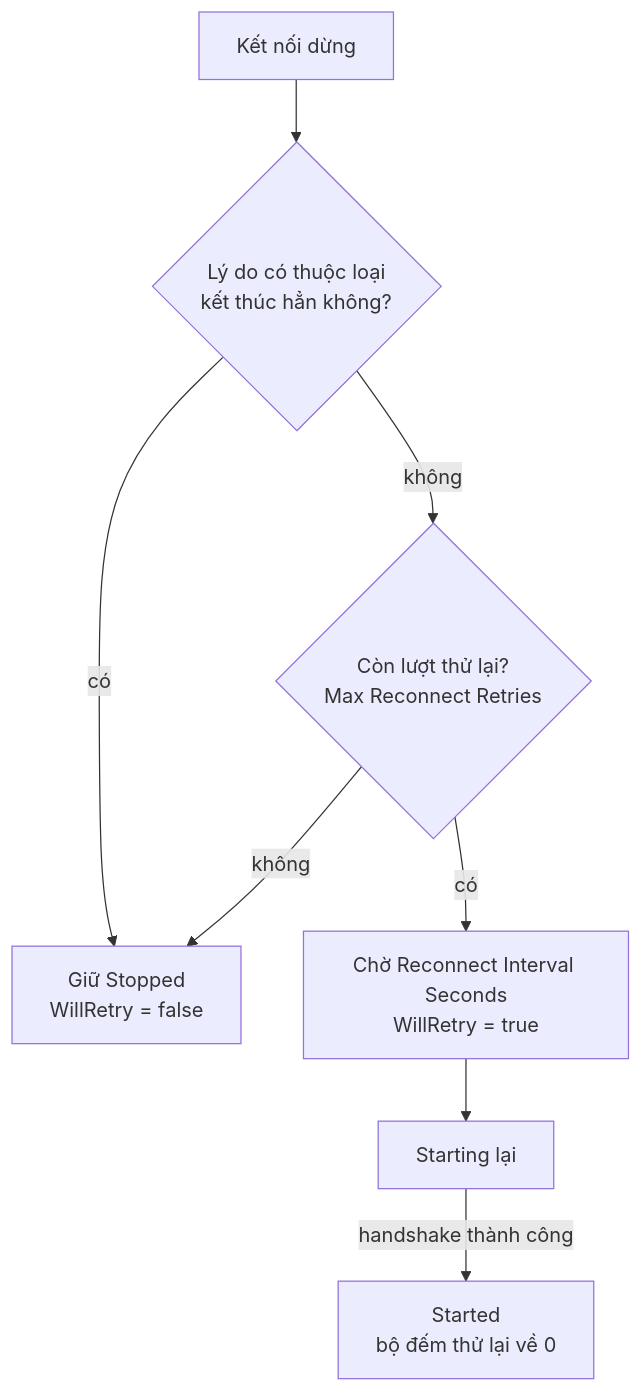
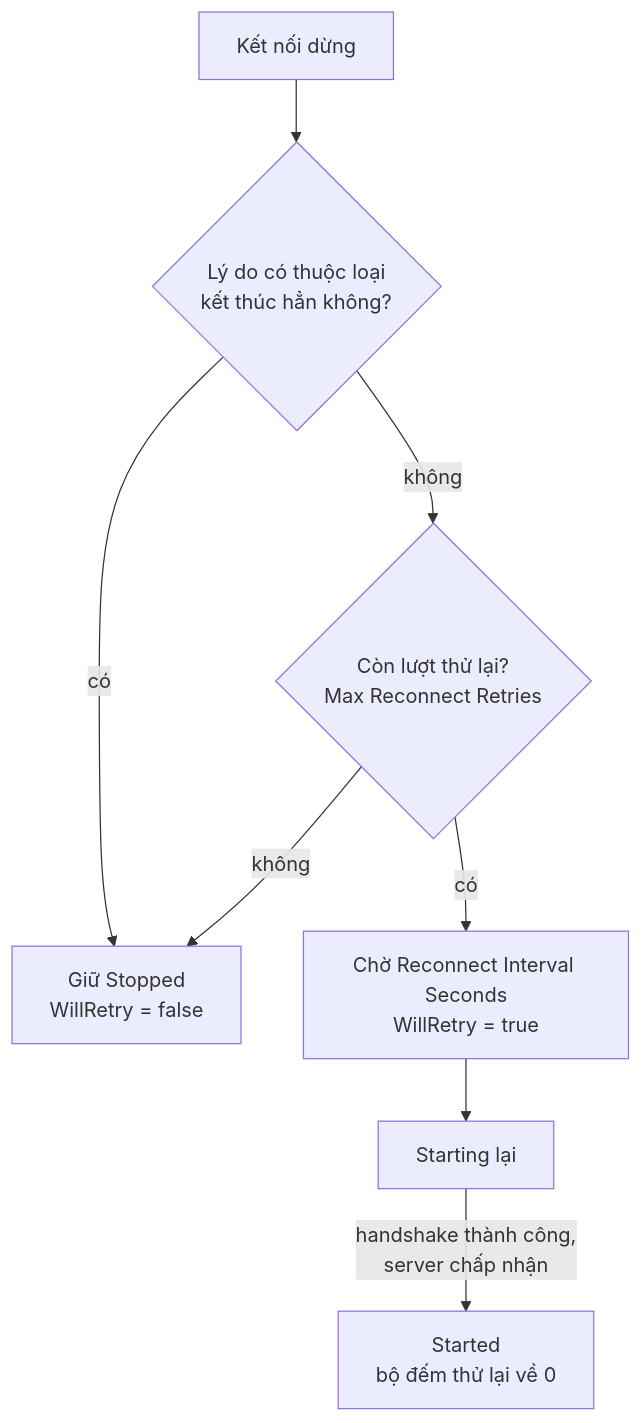
Before and after one commit to fomoxa/unity-docs: the diagram in vi/connections/client.md, drawn with Mermaid. The commit also changed other lines of this file and 33 other files, not shown here.

````diff
--- a/vi/connections/client.md
+++ b/vi/connections/client.md
@@ -45,10 +47,10 @@
 ```mermaid
 flowchart TD
     stop["Kết nối dừng"] --> reason{"Lý do có thuộc loại<br/>kết thúc hẳn không?"}
     reason -- có --> done["Giữ Stopped<br/>WillRetry = false"]
     reason -- không --> left{"Còn lượt thử lại?<br/>Max Reconnect Retries"}
     left -- không --> done
     left -- có --> wait["Chờ Reconnect Interval Seconds<br/>WillRetry = true"]
     wait --> start["Starting lại"]
-    start -- handshake thành công --> started["Started<br/>bộ đếm thử lại về 0"]
+    start -- handshake thành công,<br/>server chấp nhận --> started["Started<br/>bộ đếm thử lại về 0"]
 ```
````
